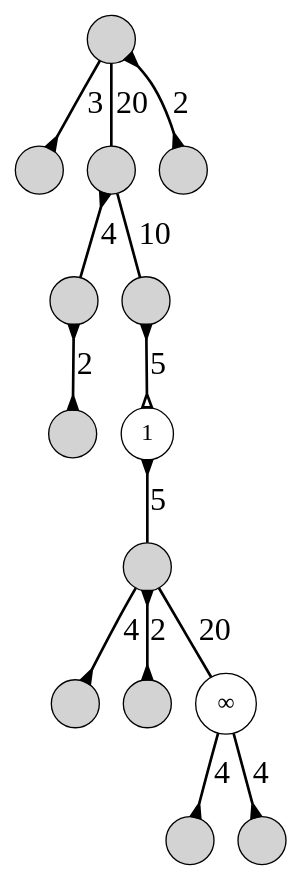
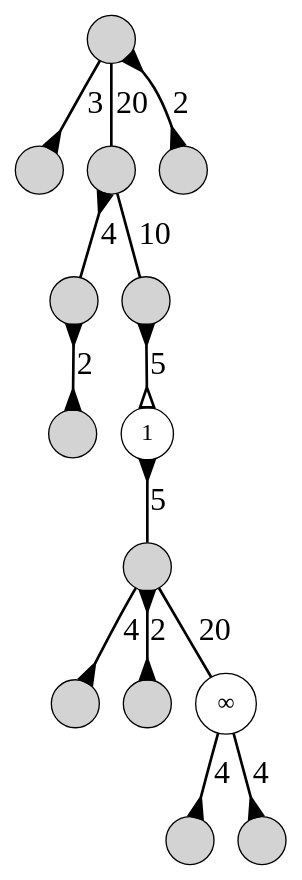
Before and after one commit to sgolodetz/waterfallpaper: the diagram in graphs/smg/marcotegui-pass1.gv, drawn with Graphviz. The commit also changed 4 other files, not shown here.

Commit message:
Increase the arrow size in Figure 14.

```diff
--- a/graphs/smg/marcotegui-pass1.gv
+++ b/graphs/smg/marcotegui-pass1.gv
@@ -1,22 +1,22 @@
 digraph
 {
 	node [shape=circle, style=filled, label="", fontsize=18];
-	edge [dir=both, arrowtail=none, arrowhead=none, penwidth=2, fontsize=24];
+	edge [dir=both, arrowtail=none, arrowhead=none, arrowsize=1.5, penwidth=2, fontsize=24];
 
 	n00 -> n10 [label=3, arrowhead=inv];
 	n00 -> n11 [label=20];
 	n00 -> n12 [label=2, arrowtail=inv, arrowhead=inv];
 	n11 -> n20 [label=4, arrowtail=inv];
 	n11 -> n21 [label=10];
 	n20 -> n30 [label=2, arrowtail=inv, arrowhead=inv];
 	n21 -> n31 [label=5, arrowtail=inv, arrowhead=oinv];
 	n31 -> n40 [label=5, arrowtail=inv];
 	n40 -> n50 [label=4, arrowhead=inv];
 	n40 -> n51 [label=2, arrowtail=inv, arrowhead=inv];
 	n40 -> n52 [label=20];
 	n52 -> n60 [label=4, arrowhead=inv];
 	n52 -> n61 [label=4, arrowhead=inv];
 
 	n31 [style=solid, label=1];
 	n52 [style=solid, label="&infin;"];
 }
```
